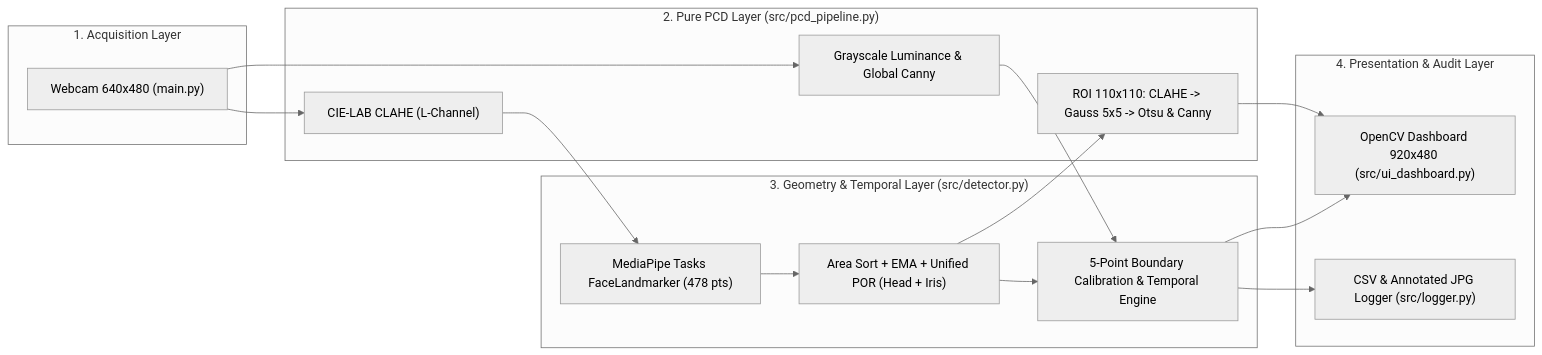
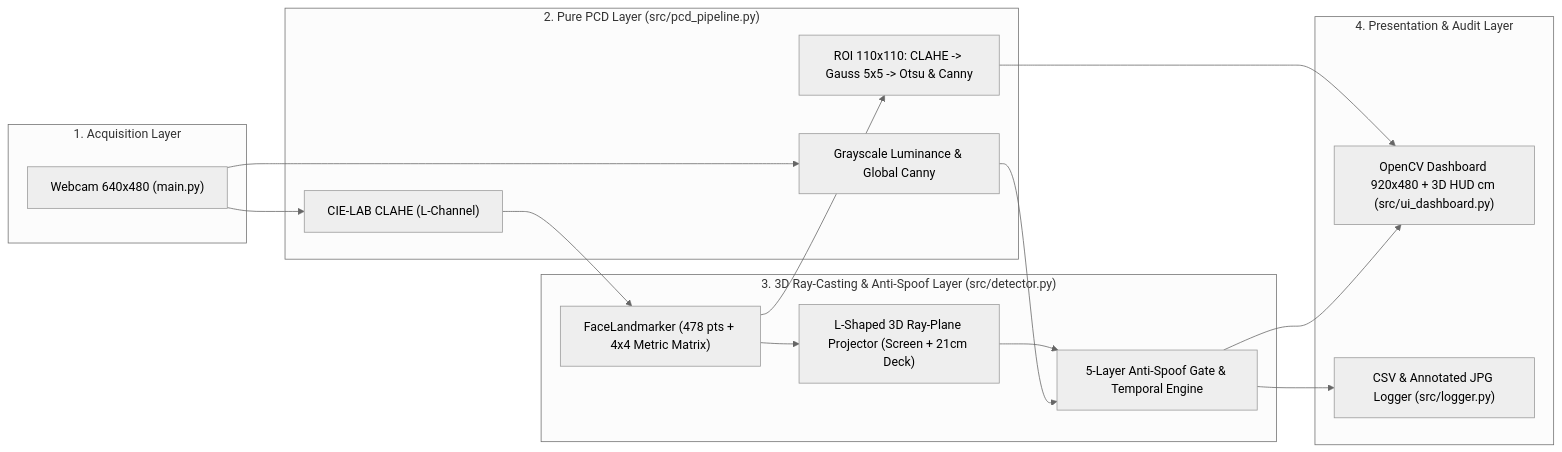
Before and after one commit to khadafimuhammadnawwar/sistem-deteksi-kecurangan-ujian-online: the first of 2 diagrams in ARCHITECTURE.md, drawn with Mermaid (neutral theme). The commit also changed other lines of this file and 9 other files, not shown here.

Commit message:
feat(gaze-3d): implement hardware-locked L-shaped 3D gaze ray-casting and 5-layer anti-spoof lens calibration

````diff
--- a/ARCHITECTURE.md
+++ b/ARCHITECTURE.md
@@ -19,26 +19,26 @@
 ```mermaid
 flowchart LR
     subgraph IO_IN["1. Acquisition Layer"]
         CAM["Webcam 640x480 (main.py)"]
     end
     subgraph PCD["2. Pure PCD Layer (src/pcd_pipeline.py)"]
         LUM["Grayscale Luminance & Global Canny"]
         LAB["CIE-LAB CLAHE (L-Channel)"]
         ROI["ROI 110x110: CLAHE -> Gauss 5x5 -> Otsu & Canny"]
     end
-    subgraph CV["3. Geometry & Temporal Layer (src/detector.py)"]
-        MP["MediaPipe Tasks FaceLandmarker (478 pts)"]
-        POR["Area Sort + EMA + Unified POR (Head + Iris)"]
-        FSM["5-Point Boundary Calibration & Temporal Engine"]
+    subgraph CV["3. 3D Ray-Casting & Anti-Spoof Layer (src/detector.py)"]
+        MP["FaceLandmarker (478 pts + 4x4 Metric Matrix)"]
+        RAY["L-Shaped 3D Ray-Plane Projector (Screen + 21cm Deck)"]
+        FSM["5-Layer Anti-Spoof Gate & Temporal Engine"]
     end
     subgraph OUT["4. Presentation & Audit Layer"]
-        UI["OpenCV Dashboard 920x480 (src/ui_dashboard.py)"]
+        UI["OpenCV Dashboard 920x480 + 3D HUD cm (src/ui_dashboard.py)"]
         LOG["CSV & Annotated JPG Logger (src/logger.py)"]
     end
 
     CAM --> LUM & LAB
-    LAB --> MP --> POR --> FSM
+    LAB --> MP --> RAY --> FSM
     LUM --> FSM
-    POR --> ROI --> UI
+    MP --> ROI --> UI
     FSM --> UI & LOG
 ```
````
